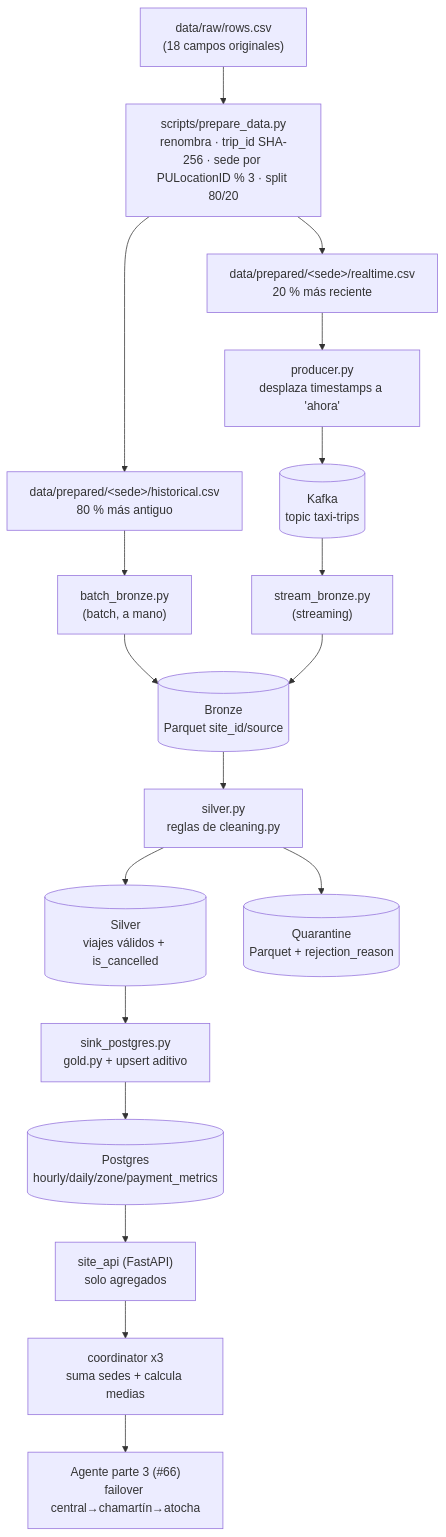
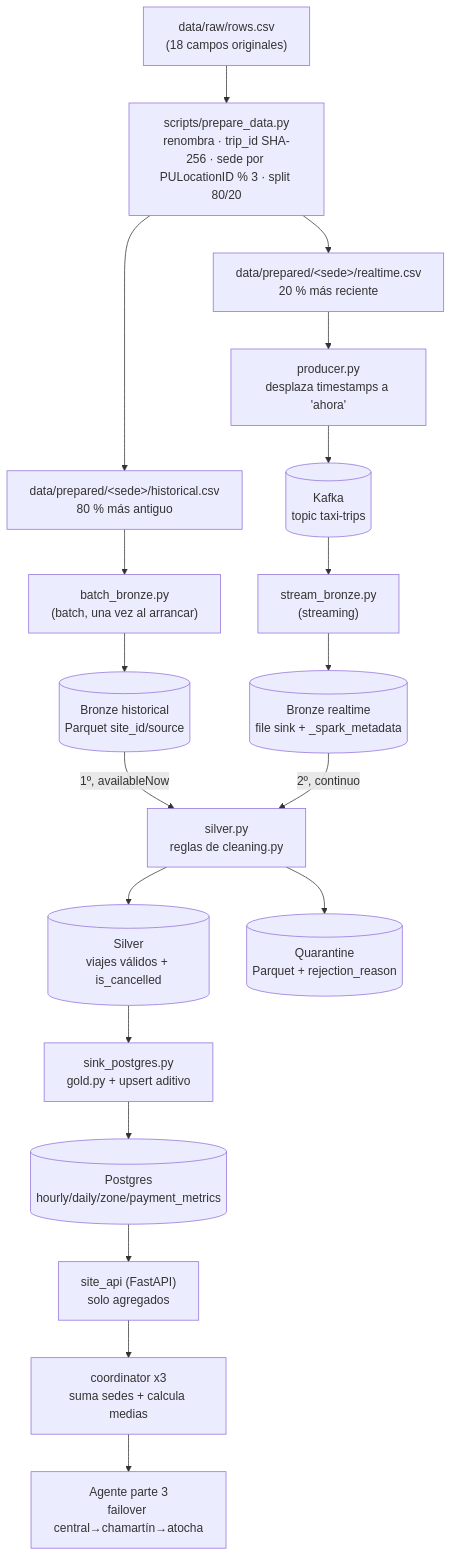
The diagram in parte2_infraestructura_datos/ARQUITECTURA.md (AlfonsoJimena/multimodal-analyst-assistant), drawn with Mermaid before and after one commit. The commit also changed other lines of this file and 2 other files, not shown here.

Commit message:
docs(parte2): README final con instrucciones de ejecución y actualización de ARQUITECTURA (#97)

````diff
--- a/parte2_infraestructura_datos/ARQUITECTURA.md
+++ b/parte2_infraestructura_datos/ARQUITECTURA.md
@@ -119,33 +120,35 @@
 ```mermaid
 flowchart TD
     RAW["data/raw/rows.csv<br/>(18 campos originales)"]
     PREP["scripts/prepare_data.py<br/>renombra · trip_id SHA-256 · sede por PULocationID % 3 · split 80/20"]
     HIST["data/prepared/&lt;sede&gt;/historical.csv<br/>80 % más antiguo"]
     RT["data/prepared/&lt;sede&gt;/realtime.csv<br/>20 % más reciente"]
 
-    BB["batch_bronze.py<br/>(batch, a mano)"]
+    BB["batch_bronze.py<br/>(batch, una vez al arrancar)"]
     PROD["producer.py<br/>desplaza timestamps a 'ahora'"]
     KAFKA[("Kafka<br/>topic taxi-trips")]
     SB["stream_bronze.py<br/>(streaming)"]
 
-    BRONZE[("Bronze<br/>Parquet site_id/source")]
+    BRONZEH[("Bronze historical<br/>Parquet site_id/source")]
+    BRONZER[("Bronze realtime<br/>file sink + _spark_metadata")]
     SILVERJOB["silver.py<br/>reglas de cleaning.py"]
     SILVER[("Silver<br/>viajes válidos + is_cancelled")]
     QUAR[("Quarantine<br/>Parquet + rejection_reason")]
 
     SINK["sink_postgres.py<br/>gold.py + upsert aditivo"]
     PG[("Postgres<br/>hourly/daily/zone/payment_metrics")]
     API["site_api (FastAPI)<br/>solo agregados"]
     COORD["coordinator x3<br/>suma sedes + calcula medias"]
-    AGENT["Agente parte 3 (#66)<br/>failover central→chamartín→atocha"]
+    AGENT["Agente parte 3<br/>failover central→chamartín→atocha"]
 
     RAW --> PREP
     PREP --> HIST
     PREP --> RT
-    HIST --> BB --> BRONZE
-    RT --> PROD --> KAFKA --> SB --> BRONZE
-    BRONZE --> SILVERJOB
+    HIST --> BB --> BRONZEH
+    RT --> PROD --> KAFKA --> SB --> BRONZER
+    BRONZEH -->|1º, availableNow| SILVERJOB
+    BRONZER -->|2º, continuo| SILVERJOB
     SILVERJOB --> SILVER
     SILVERJOB --> QUAR
     SILVER --> SINK --> PG --> API --> COORD --> AGENT
 ```
````
